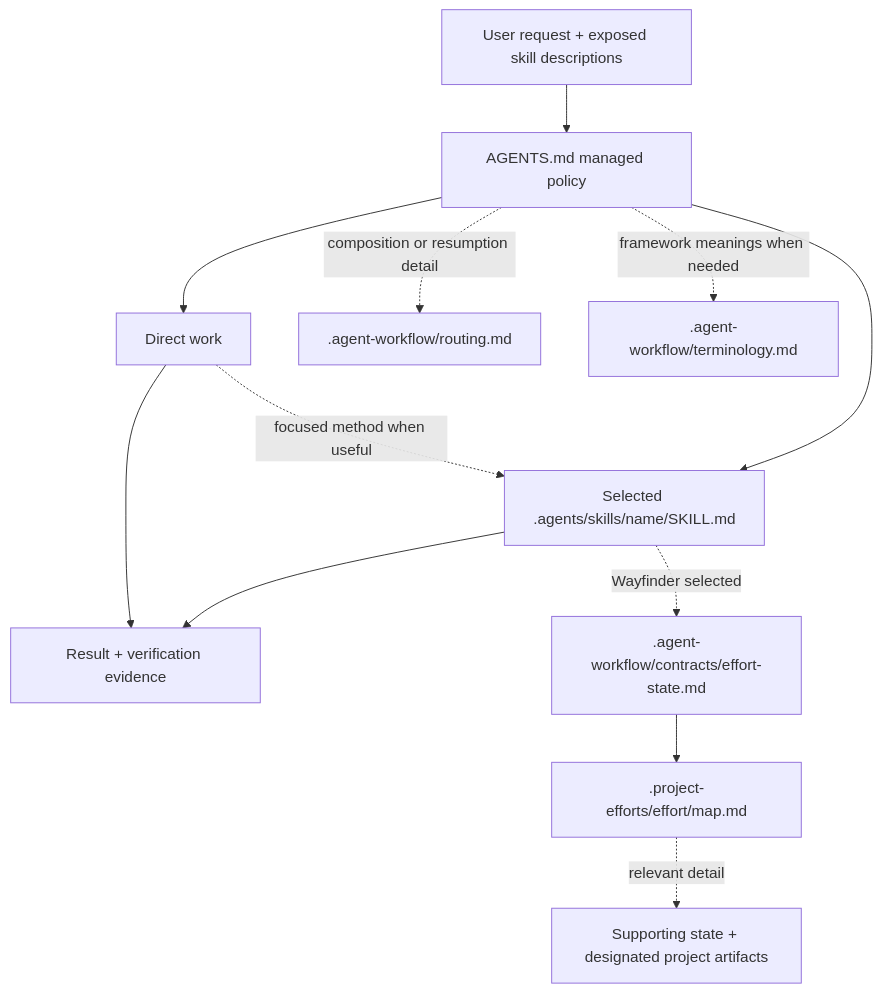
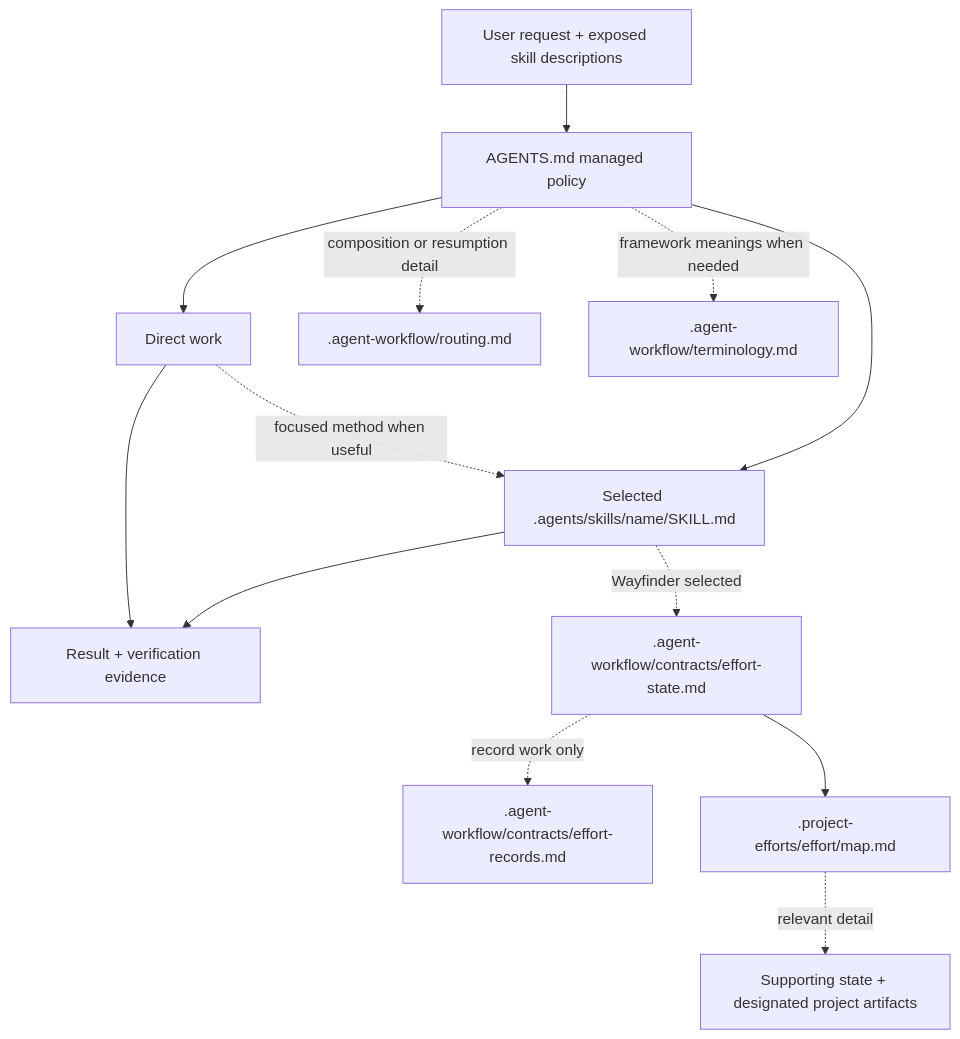
The diagram in docs/architecture.md (jimmfan/agentic-workflow), drawn with Mermaid before and after one commit. The commit also changed other lines of this file and 34 other files, not shown here.

````diff
--- a/docs/architecture.md
+++ b/docs/architecture.md
@@ -11,14 +11,15 @@
 ```mermaid
 flowchart TD
     request["User request + exposed skill descriptions"] --> root["AGENTS.md managed policy"]
     root --> direct["Direct work"]
     root --> method["Selected .agents/skills/name/SKILL.md"]
     direct -. focused method when useful .-> method
     root -. composition or resumption detail .-> routing[".agent-workflow/routing.md"]
     root -. framework meanings when needed .-> terms[".agent-workflow/terminology.md"]
     method --> result["Result + verification evidence"]
     direct --> result
     method -. Wayfinder selected .-> contract[".agent-workflow/contracts/effort-state.md"]
+    contract -. record work only .-> records[".agent-workflow/contracts/effort-records.md"]
     contract --> map[".project-efforts/effort/map.md"]
     map -. relevant detail .-> artifacts["Supporting state + designated project artifacts"]
 ```
````
